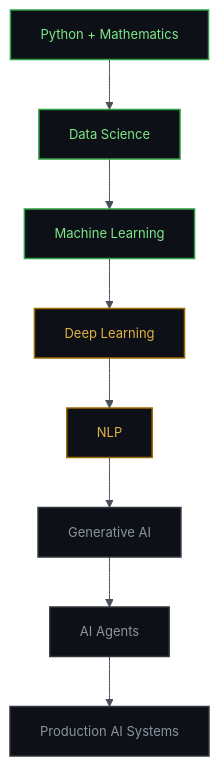
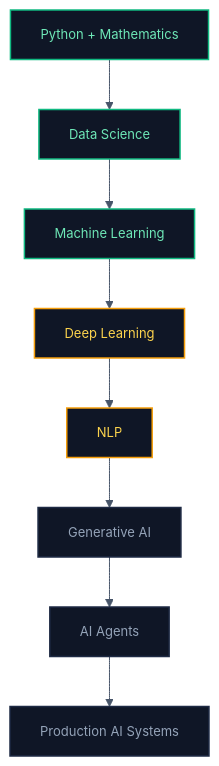
The diagram in README.md (codewithvikas96-ui/codewithvikas96-ui), drawn with Mermaid before and after one commit. The commit also changed other lines of this file and 4 other files, not shown here.

````diff
--- a/README.md
+++ b/README.md
@@ -109,19 +252,19 @@
 ```mermaid
-%%{init: {'theme':'base','themeVariables':{'primaryColor':'#0d1117','primaryTextColor':'#c9d1d9','primaryBorderColor':'#30363d','lineColor':'#484f58','fontFamily':'ui-monospace, monospace','fontSize':'13px'}}}%%
+%%{init: {'theme':'base','themeVariables':{'primaryColor':'#0F1626','primaryTextColor':'#CBD5E1','primaryBorderColor':'#1E2A44','lineColor':'#475569','fontFamily':'ui-monospace, monospace','fontSize':'13px'}}}%%
 flowchart TD
-    A["Python + Mathematics"]             --> B["Data Science"]
+    A["Python + Mathematics"] --> B["Data Science"]
     B --> C["Machine Learning"]
     C --> D["Deep Learning"]
     D --> E["NLP"]
     E --> F["Generative AI"]
     F --> G["AI Agents"]
     G --> H["Production AI Systems"]
 
-    classDef done   fill:#0d1117,stroke:#2ea043,stroke-width:1.5px,color:#7ee787;
-    classDef active fill:#0d1117,stroke:#9e6a03,stroke-width:1.5px,color:#e3b341;
-    classDef queued fill:#0d1117,stroke:#30363d,stroke-width:1.5px,color:#8b949e;
+    classDef done   fill:#0F1626,stroke:#10B981,stroke-width:1.5px,color:#6EE7B7;
+    classDef active fill:#0F1626,stroke:#F59E0B,stroke-width:1.5px,color:#FCD34D;
+    classDef queued fill:#0F1626,stroke:#1E2A44,stroke-width:1.5px,color:#94A3B8;
 
     class A,B,C done;
     class D,E active;
     class F,G,H queued;
 ```
````
